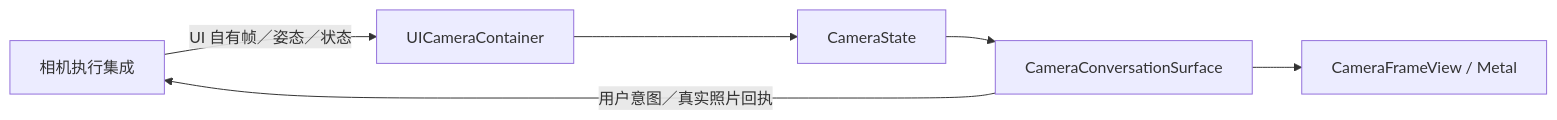
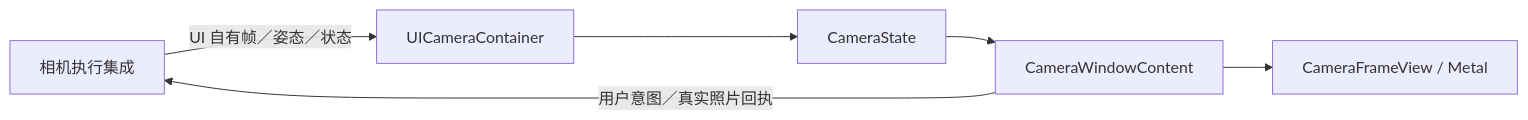
Before and after one commit to devilyouwei/MobileHarness: the diagram in MobileHarness/UI/Camera/README.md, drawn with Mermaid. The commit also changed other lines of this file and 99 other files, not shown here.

````diff
--- a/MobileHarness/UI/Camera/README.md
+++ b/MobileHarness/UI/Camera/README.md
@@ -7,8 +7,8 @@
 ```mermaid
 flowchart LR
  Actions["相机执行集成"] -->|"UI 自有帧／姿态／状态"| Container["UICameraContainer"]
  Container --> State["CameraState"]
- State --> Surface["CameraConversationSurface"]
+ State --> Surface["CameraWindowContent"]
  Surface --> Renderer["CameraFrameView / Metal"]
  Surface -->|"用户意图／真实照片回执"| Actions
 ```
````
